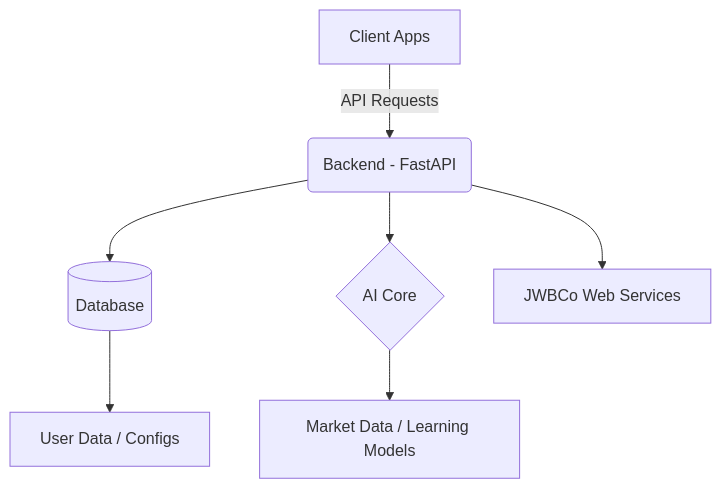
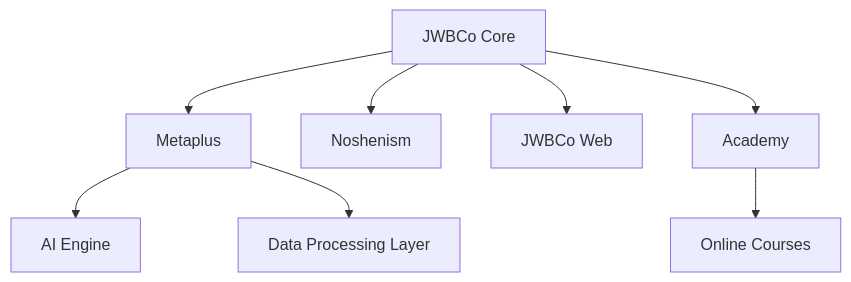
Before and after one commit to dralirezaheyrani/JWBCompany: the first of 2 diagrams in README.md, drawn with Mermaid. The commit also changed other lines of this file, not shown here.

````diff
--- a/README.md
+++ b/README.md
@@ -91,9 +29,10 @@
 ```mermaid
 graph TD
-A[Client Apps] -->|API Requests| B(Backend - FastAPI)
-B --> C[(Database)]
-B --> D{AI Core}
-D --> E[Market Data / Learning Models]
-C --> F[User Data / Configs]
-B --> G[JWBCo Web Services]
+    A[ JWBCo Core ] --> B[ Metaplus ]
+    A --> C[ Noshenism ]
+    A --> D[ JWBCo Web ]
+    A --> E[ Academy ]
+    B --> F[ AI Engine ]
+    B --> G[ Data Processing Layer ]
+    E --> H[ Online Courses ]
 ```
````
